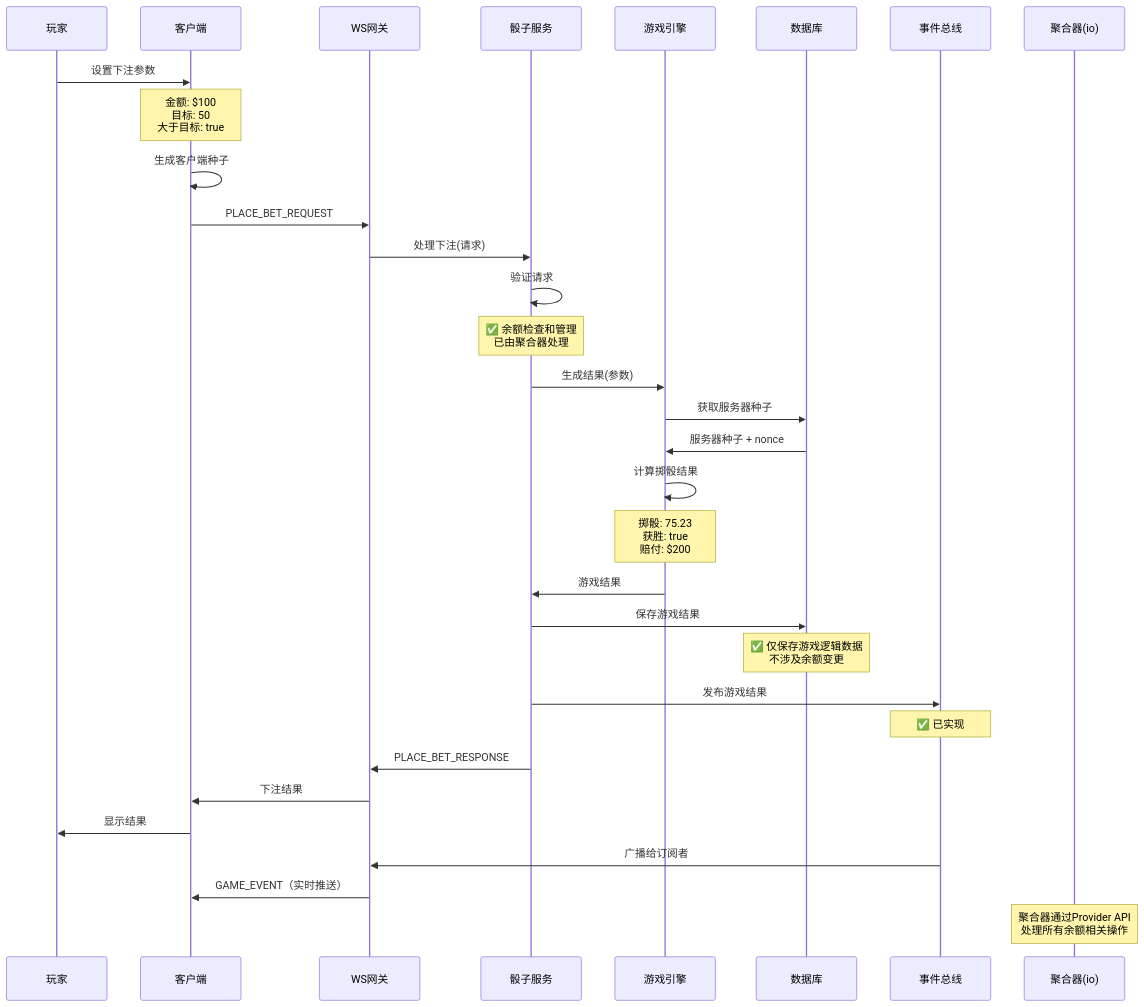
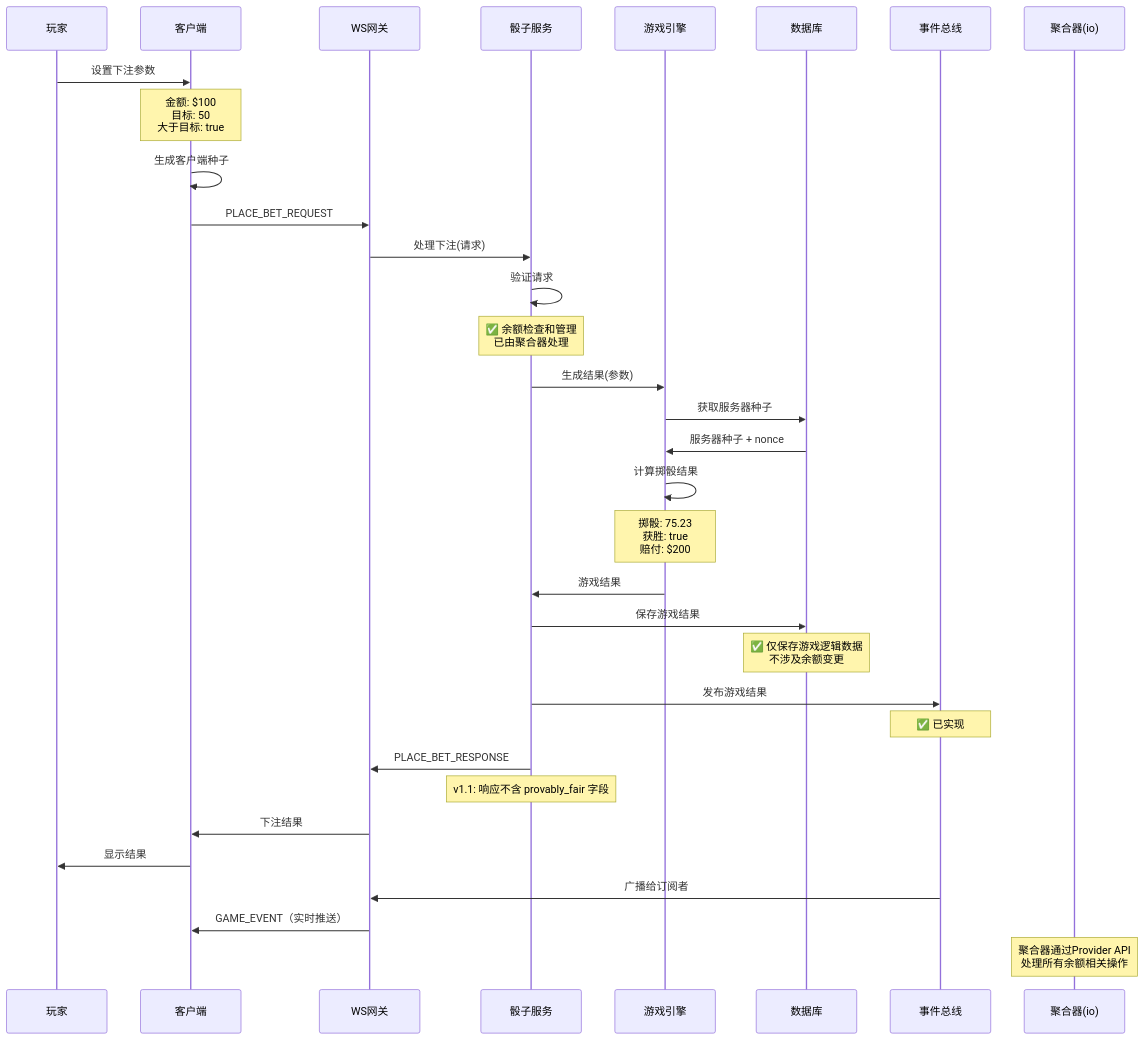
One commit to infigaming-com/invoker-gh-pages changed the fourth of 29 diagrams in sequence-diagrams-zh.md. Above: the diagram before and after it, drawn with Mermaid. The commit also changed other lines of this file and 4 other files, not shown here.

````diff
--- a/sequence-diagrams-zh.md
+++ b/sequence-diagrams-zh.md
@@ -182,45 +182,46 @@
 ```mermaid
 sequenceDiagram
     participant Player as 玩家
     participant Client as 客户端
     participant WSGateway as WS网关
     participant DiceService as 骰子服务
     participant GameEngine as 游戏引擎
     participant Database as 数据库
     participant EventBus as 事件总线
     participant Aggregator as 聚合器(io)
 
     Player->>Client: 设置下注参数
     Note over Client: 金额: $100<br/>目标: 50<br/>大于目标: true
     
     Client->>Client: 生成客户端种子
     Client->>WSGateway: PLACE_BET_REQUEST
     
     WSGateway->>DiceService: 处理下注(请求)
     
     DiceService->>DiceService: 验证请求
     Note over DiceService: ✅ 余额检查和管理<br/>已由聚合器处理
     
     DiceService->>GameEngine: 生成结果(参数)
     GameEngine->>Database: 获取服务器种子
     Database->>GameEngine: 服务器种子 + nonce
     GameEngine->>GameEngine: 计算掷骰结果
     Note over GameEngine: 掷骰: 75.23<br/>获胜: true<br/>赔付: $200
     
     GameEngine->>DiceService: 游戏结果
     
     DiceService->>Database: 保存游戏结果
     Note over Database: ✅ 仅保存游戏逻辑数据<br/>不涉及余额变更
     
     DiceService->>EventBus: 发布游戏结果
     Note over EventBus: ✅ 已实现
     
     DiceService->>WSGateway: PLACE_BET_RESPONSE
+    Note over DiceService: v1.1: 响应不含 provably_fair 字段
     WSGateway->>Client: 下注结果
     Client->>Player: 显示结果
     
     EventBus->>WSGateway: 广播给订阅者
     WSGateway->>Client: GAME_EVENT（实时推送）
 
     Note over Aggregator: 聚合器通过Provider API<br/>处理所有余额相关操作
 ```
````
